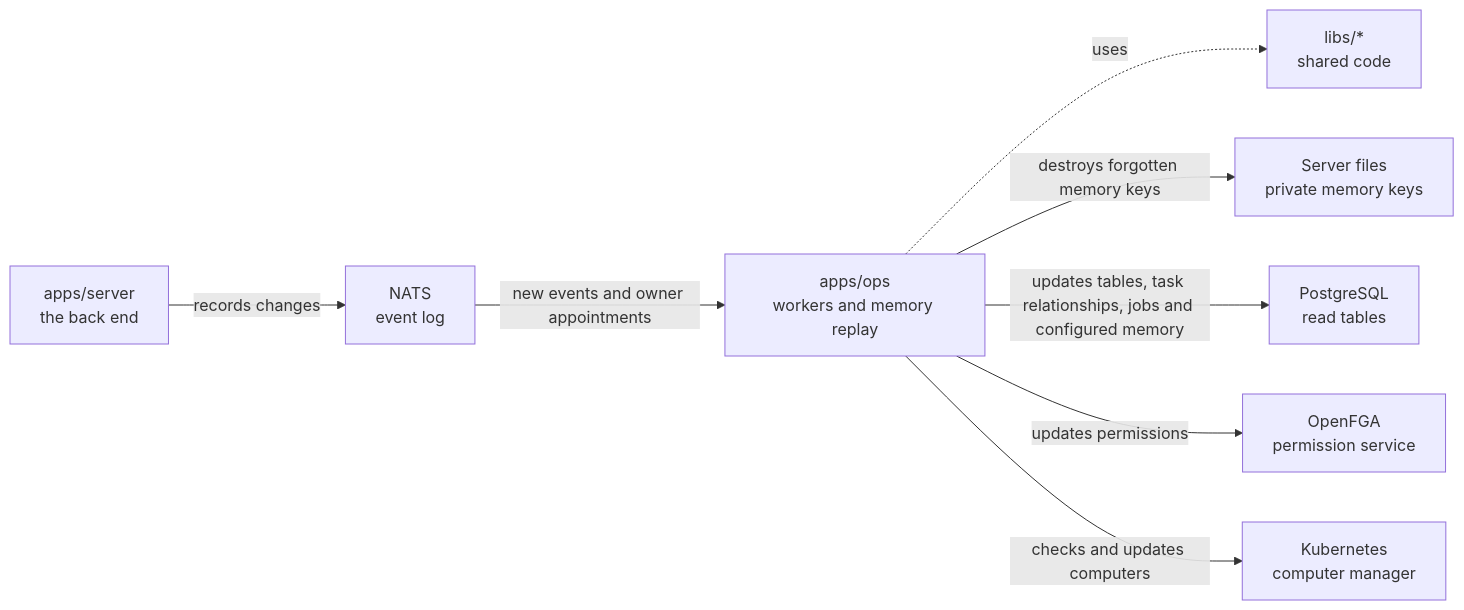
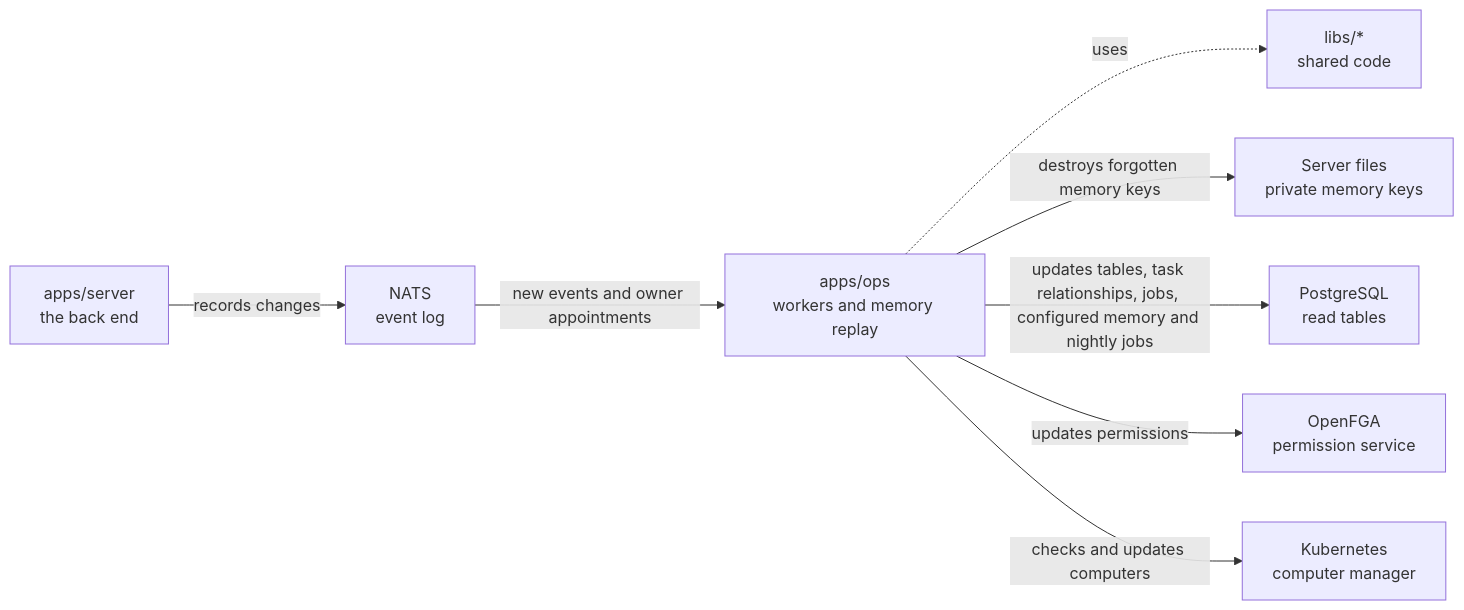
One commit to elewa-git/opencrane-new changed the diagram in apps/ops/README.md. Above: the diagram before and after it, drawn with Mermaid. The commit also changed other lines of this file and 26 other files, not shown here.

Commit message:
🌙 Record nightly memory intents and private blocked or missed history

````diff
--- a/apps/ops/README.md
+++ b/apps/ops/README.md
@@ -11,10 +11,10 @@
 ```mermaid
 flowchart LR
   server["apps/server<br/>the back end"] -->|records changes| nats["NATS<br/>event log"]
   nats -->|new events and owner appointments| ops["apps/ops<br/>workers and memory replay"]
   ops -.->|uses| libs["libs/*<br/>shared code"]
   ops -->|destroys forgotten memory keys| keys["Server files<br/>private memory keys"]
-  ops -->|updates tables, task relationships, jobs and configured memory| postgres["PostgreSQL<br/>read tables"]
+  ops -->|updates tables, task relationships, jobs, configured memory and nightly jobs| postgres["PostgreSQL<br/>read tables"]
   ops -->|updates permissions| fga["OpenFGA<br/>permission service"]
   ops -->|checks and updates computers| kube["Kubernetes<br/>computer manager"]
 ```
````
